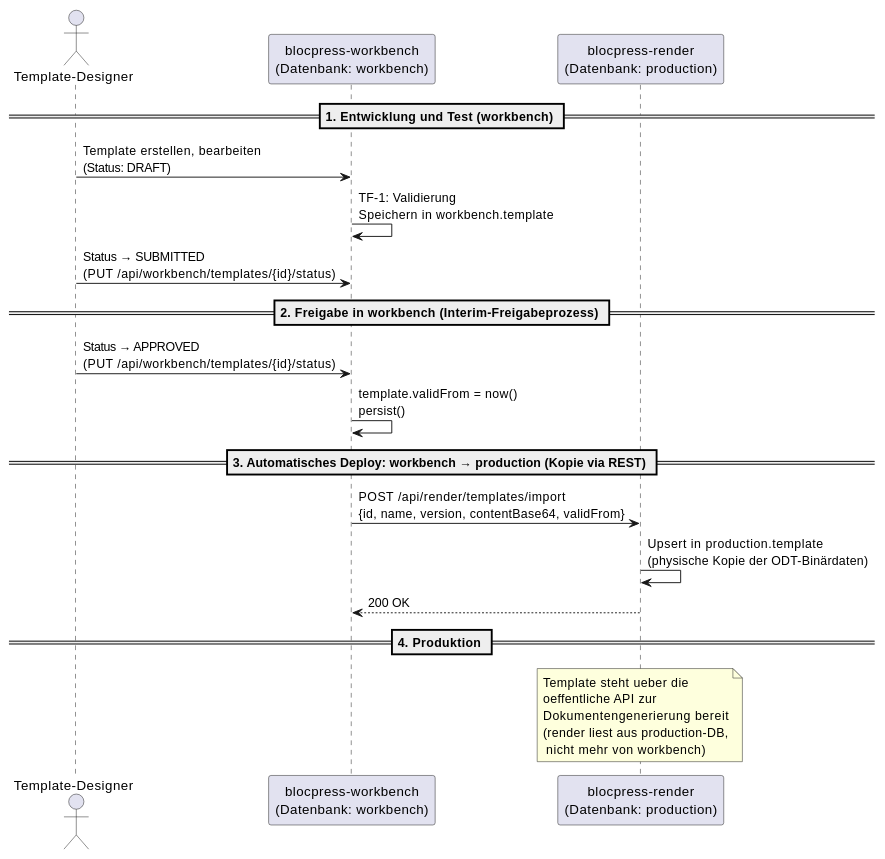
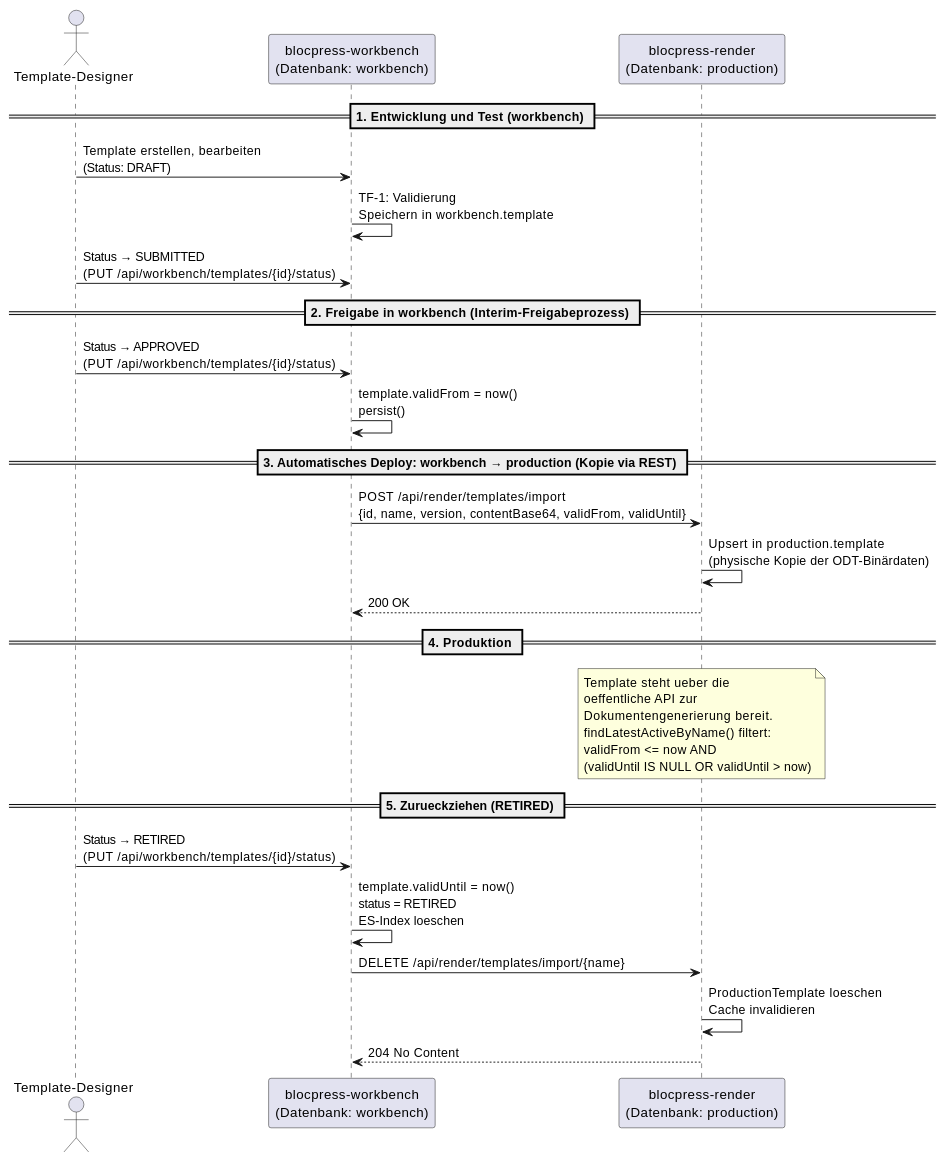
Diagram 13 of 20 in docs/specification/arc42.adoc (flaechsig/blocpress), drawn with PlantUML before and after one commit. The commit also changed other lines of this file and 15 other files, not shown here.

```diff
--- a/docs/specification/arc42.adoc
+++ b/docs/specification/arc42.adoc
@@ -1220,36 +1222,45 @@
 [plantuml, laufzeit-stufenuebergabe, svg]
 ----
 @startuml
 actor "Template-Designer" as Designer
 participant "blocpress-workbench\n(Datenbank: workbench)" as WB
 participant "blocpress-render\n(Datenbank: production)" as RD
 
 == 1. Entwicklung und Test (workbench) ==
 
 Designer -> WB : Template erstellen, bearbeiten\n(Status: DRAFT)
 WB -> WB : TF-1: Validierung\nSpeichern in workbench.template
 Designer -> WB : Status → SUBMITTED\n(PUT /api/workbench/templates/{id}/status)
 
 == 2. Freigabe in workbench (Interim-Freigabeprozess) ==
 
 Designer -> WB : Status → APPROVED\n(PUT /api/workbench/templates/{id}/status)
 WB -> WB : template.validFrom = now()\npersist()
 
 == 3. Automatisches Deploy: workbench → production (Kopie via REST) ==
 
-WB -> RD : POST /api/render/templates/import\n{id, name, version, contentBase64, validFrom}
+WB -> RD : POST /api/render/templates/import\n{id, name, version, contentBase64, validFrom, validUntil}
 RD -> RD : Upsert in production.template\n(physische Kopie der ODT-Binärdaten)
 RD --> WB : 200 OK
 
 == 4. Produktion ==
 
 note over RD
   Template steht ueber die
   oeffentliche API zur
-  Dokumentengenerierung bereit
-  (render liest aus production-DB,
-   nicht mehr von workbench)
+  Dokumentengenerierung bereit.
+  findLatestActiveByName() filtert:
+  validFrom <= now AND
+  (validUntil IS NULL OR validUntil > now)
 end note
+
+== 5. Zurueckziehen (RETIRED) ==
+
+Designer -> WB : Status → RETIRED\n(PUT /api/workbench/templates/{id}/status)
+WB -> WB : template.validUntil = now()\nstatus = RETIRED\nES-Index loeschen
+WB -> RD : DELETE /api/render/templates/import/{name}
+RD -> RD : ProductionTemplate loeschen\nCache invalidieren
+RD --> WB : 204 No Content
 
 @enduml
 ----
```
